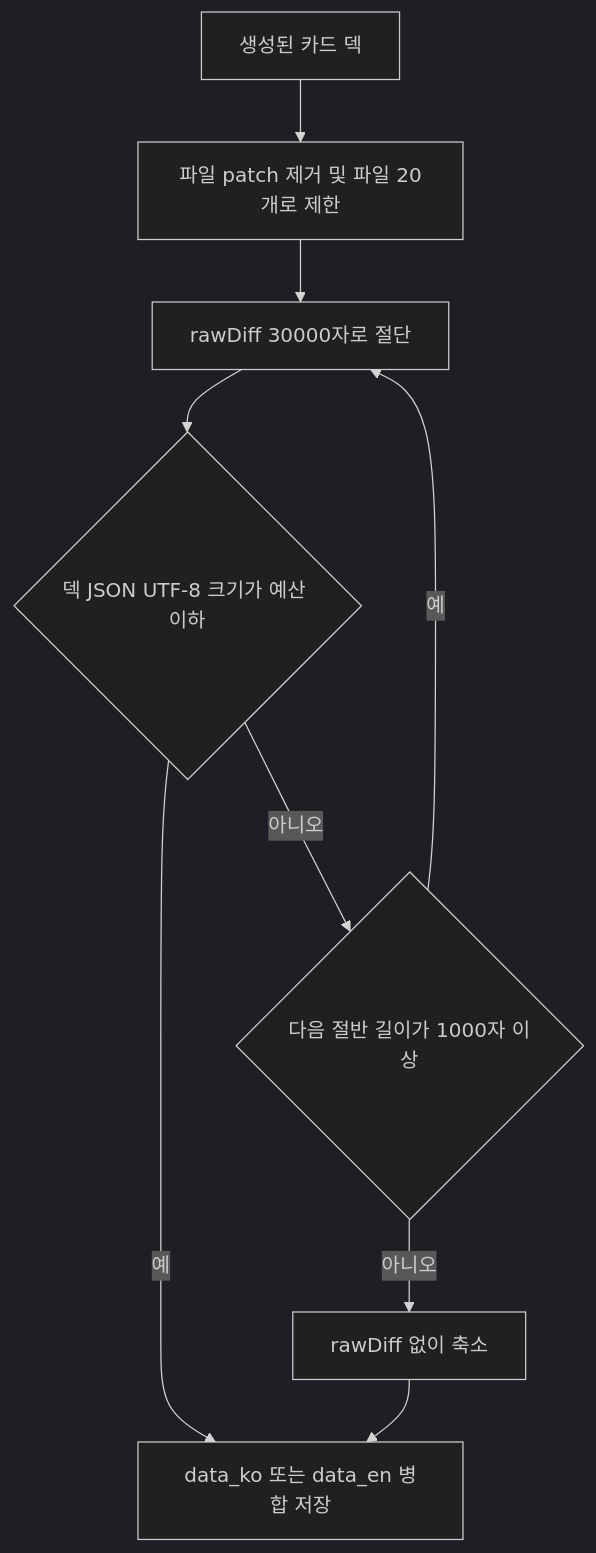
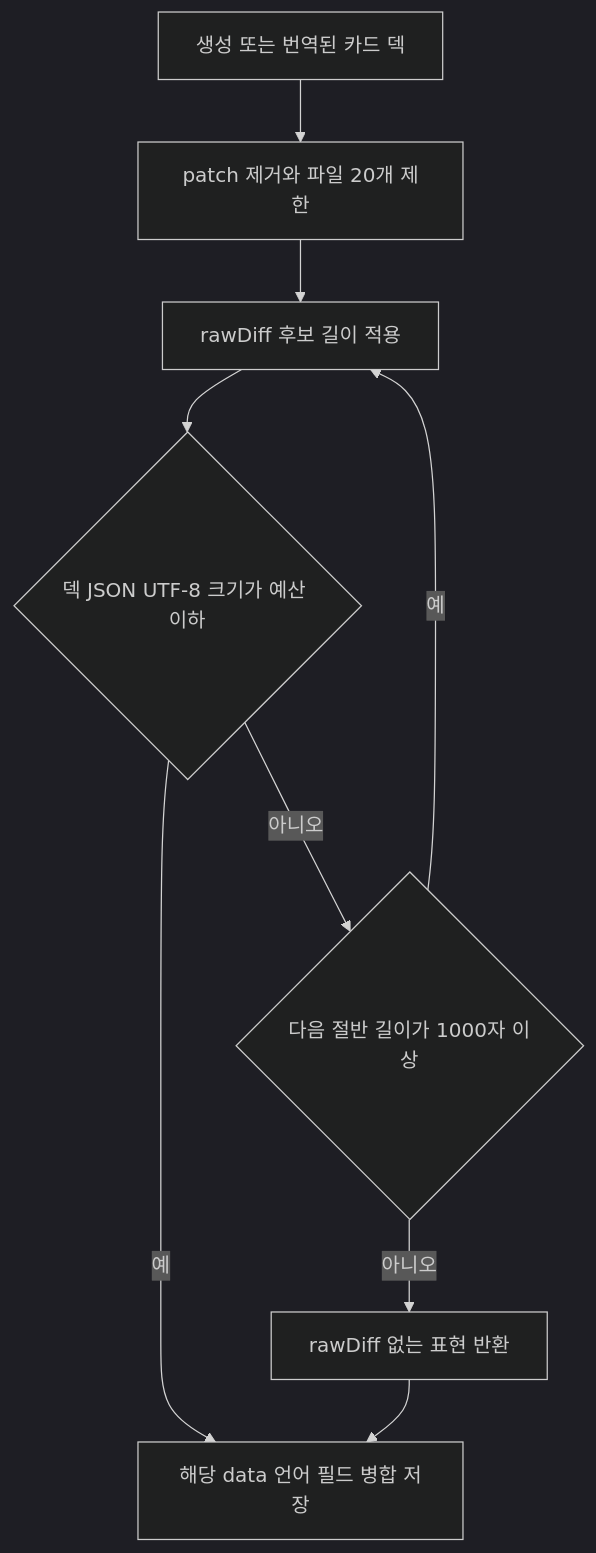
The diagram in openwiki/flashcard/deck-size-budget.md (chucoding/code-recall), drawn with Mermaid (dark theme) before and after one commit. The commit also changed other lines of this file and 26 other files, not shown here.

````diff
--- a/openwiki/flashcard/deck-size-budget.md
+++ b/openwiki/flashcard/deck-size-budget.md
@@ -40,11 +44,11 @@
 ```mermaid
 flowchart TD
-  Input["생성된 카드 덱"] --> Compact["파일 patch 제거 및 파일 20개로 제한"]
-  Compact --> Try["rawDiff 30000자로 절단"]
-  Try --> Fits{"덱 JSON UTF-8 크기가 예산 이하"}
-  Fits -->|"예"| Save["data_ko 또는 data_en 병합 저장"]
+  Input["생성 또는 번역된 카드 덱"] --> Compact["patch 제거와 파일 20개 제한"]
+  Compact --> Candidate["rawDiff 후보 길이 적용"]
+  Candidate --> Fits{"덱 JSON UTF-8 크기가 예산 이하"}
+  Fits -->|"예"| Save["해당 data 언어 필드 병합 저장"]
   Fits -->|"아니오"| Half{"다음 절반 길이가 1000자 이상"}
-  Half -->|"예"| Try
-  Half -->|"아니오"| NoDiff["rawDiff 없이 축소"]
+  Half -->|"예"| Candidate
+  Half -->|"아니오"| NoDiff["rawDiff 없는 표현 반환"]
   NoDiff --> Save
 ```
````
